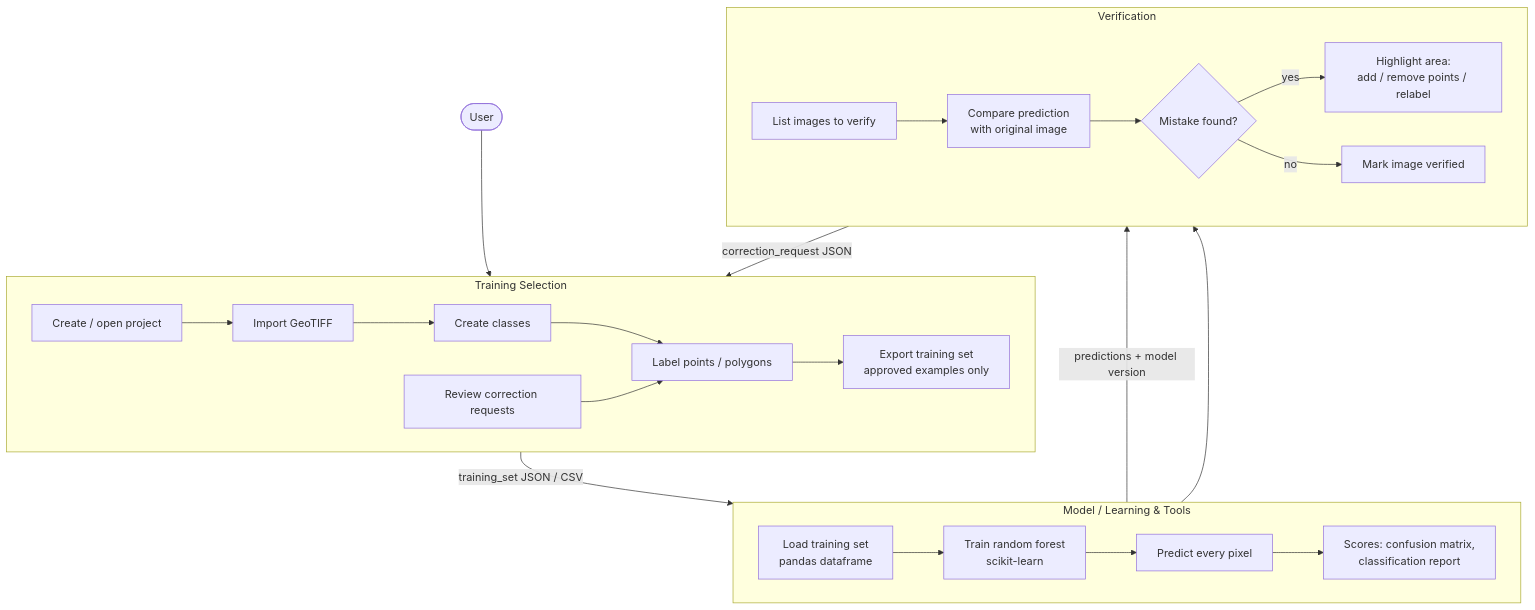
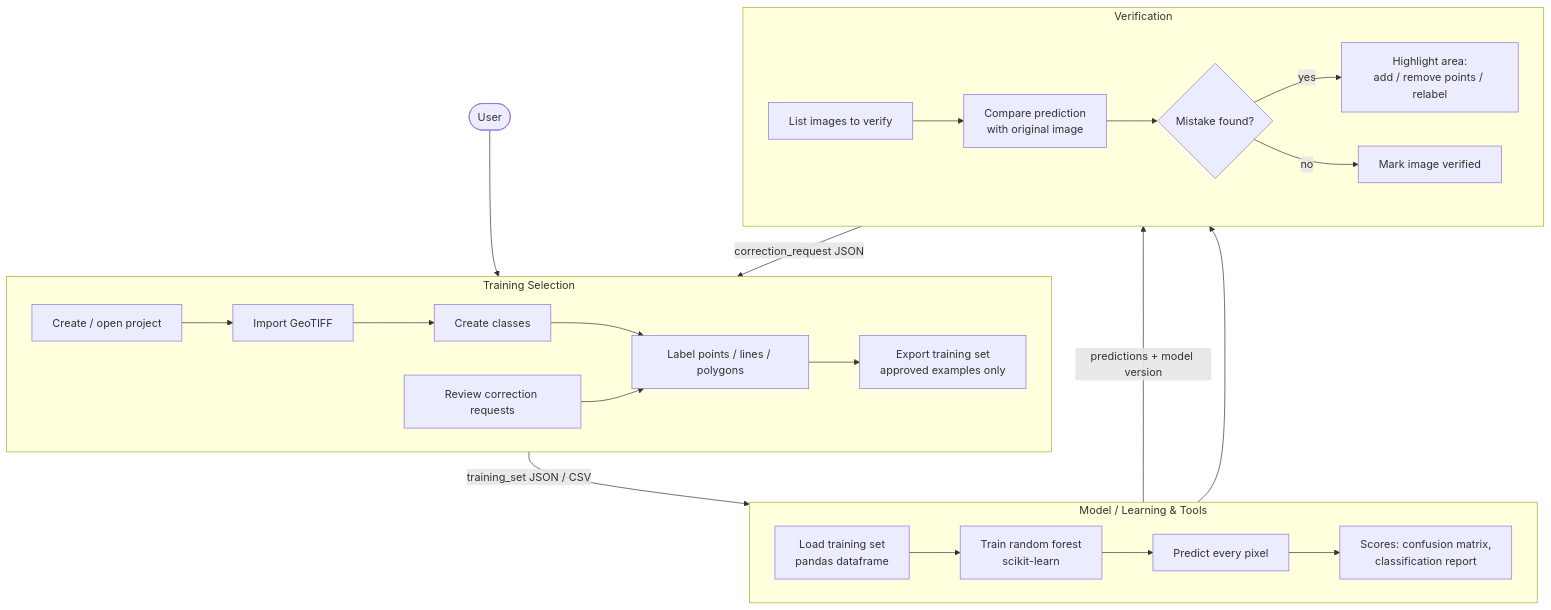
Before and after one commit to SuyashSRThapaliya/geostudio: the first of 5 diagrams in docs/flowcharts.md, drawn with Mermaid. The commit also changed other lines of this file and 47 other files, not shown here.

First line of the commit message:
Full working app: projects, label tree, points/lines/polygons, undo/redo, model, verification

````diff
--- a/docs/flowcharts.md
+++ b/docs/flowcharts.md
@@ -8,33 +8,33 @@
 ```mermaid
 flowchart TB
     U([User]) --> T1
 
     subgraph TR[Training Selection]
         direction LR
         T1[Create / open project] --> T2[Import GeoTIFF]
         T2 --> T3[Create classes]
-        T3 --> T4[Label points / polygons]
+        T3 --> T4[Label points / lines / polygons]
         T4 --> T5[Export training set<br/>approved examples only]
         T6[Review correction requests] --> T4
     end
 
     subgraph ML[Model / Learning & Tools]
         direction LR
         M1[Load training set<br/>pandas dataframe] --> M2[Train random forest<br/>scikit-learn]
         M2 --> M3[Predict every pixel]
         M3 --> M4[Scores: confusion matrix,<br/>classification report]
     end
 
     subgraph VE[Verification]
         direction LR
         V1[List images to verify] --> V2[Compare prediction<br/>with original image]
         V2 --> V3{Mistake found?}
         V3 -- yes --> V4[Highlight area:<br/>add / remove points / relabel]
         V3 -- no --> V5[Mark image verified]
     end
 
     T5 -- training_set JSON / CSV --> M1
     M3 -- predictions + model version --> V1
     M4 --> V2
     V4 -- correction_request JSON --> T6
 ```
````
